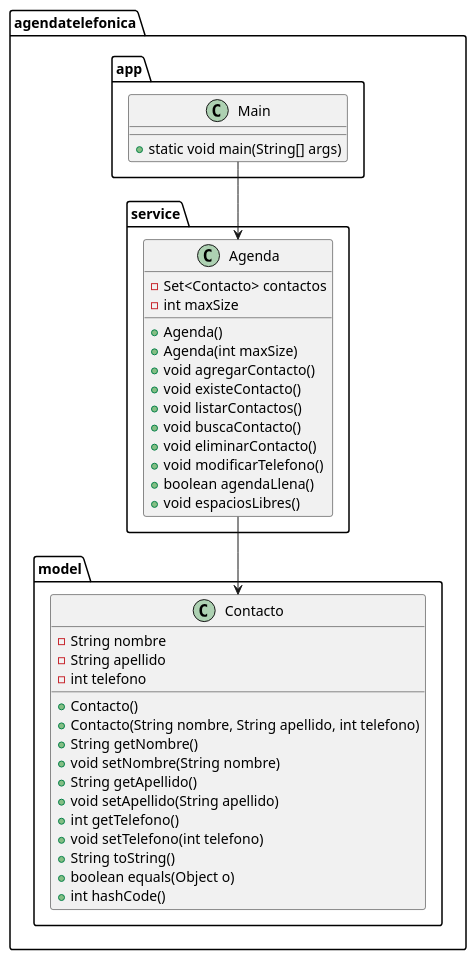
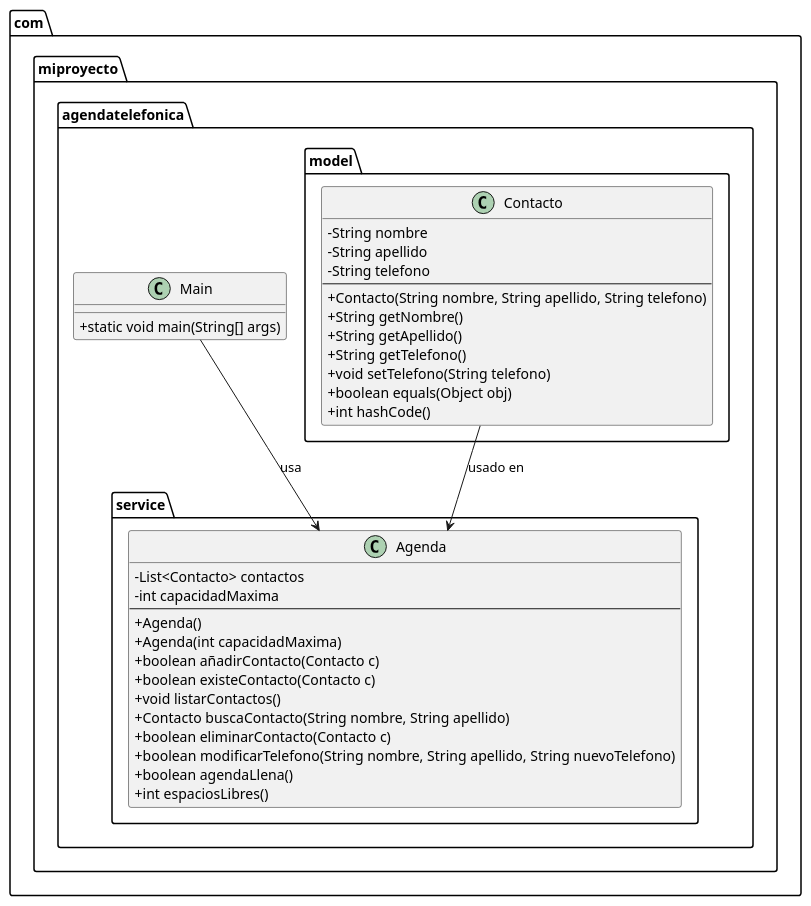
One commit to httpsmarioooo/Hackathon2 changed the diagram in src/com/miproyecto/agendatelefonica/diagrama/diagrama.puml. Above: the diagram before and after it, drawn with PlantUML. The commit also changed 2 other files, not shown here.

```diff
--- a/src/com/miproyecto/agendatelefonica/diagrama/diagrama.puml
+++ b/src/com/miproyecto/agendatelefonica/diagrama/diagrama.puml
@@ -1,49 +1,46 @@
 @startuml
+skinparam classAttributeIconSize 0
 
-package agendatelefonica.model {
+package "com.miproyecto.agendatelefonica.model" {
     class Contacto {
         - String nombre
         - String apellido
-        - int telefono
-        + Contacto()
-        + Contacto(String nombre, String apellido, int telefono)
+        - String telefono
+        --
+        + Contacto(String nombre, String apellido, String telefono)
         + String getNombre()
-        + void setNombre(String nombre)
         + String getApellido()
-        + void setApellido(String apellido)
-        + int getTelefono()
-        + void setTelefono(int telefono)
-        + String toString()
-        + boolean equals(Object o)
+        + String getTelefono()
+        + void setTelefono(String telefono)
+        + boolean equals(Object obj)
         + int hashCode()
     }
 }
 
-package agendatelefonica.service {
+package "com.miproyecto.agendatelefonica.service" {
     class Agenda {
-        - Set<Contacto> contactos
-        - int maxSize
+        - List<Contacto> contactos
+        - int capacidadMaxima
+        --
         + Agenda()
-        + Agenda(int maxSize)
-        + void agregarContacto()
-        + void existeContacto()
+        + Agenda(int capacidadMaxima)
+        + boolean añadirContacto(Contacto c)
+        + boolean existeContacto(Contacto c)
         + void listarContactos()
-        + void buscaContacto()
-        + void eliminarContacto()
-        + void modificarTelefono()
+        + Contacto buscaContacto(String nombre, String apellido)
+        + boolean eliminarContacto(Contacto c)
+        + boolean modificarTelefono(String nombre, String apellido, String nuevoTelefono)
         + boolean agendaLlena()
-        + void espaciosLibres()
+        + int espaciosLibres()
     }
 }
 
-package agendatelefonica.app {
+package "com.miproyecto.agendatelefonica" {
     class Main {
         + static void main(String[] args)
     }
 }
 
-' Relaciones
-agendatelefonica.service.Agenda --> agendatelefonica.model.Contacto
-agendatelefonica.app.Main --> agendatelefonica.service.Agenda
-
+Contacto --> Agenda : usado en
+Main --> Agenda : usa
 @enduml
```
